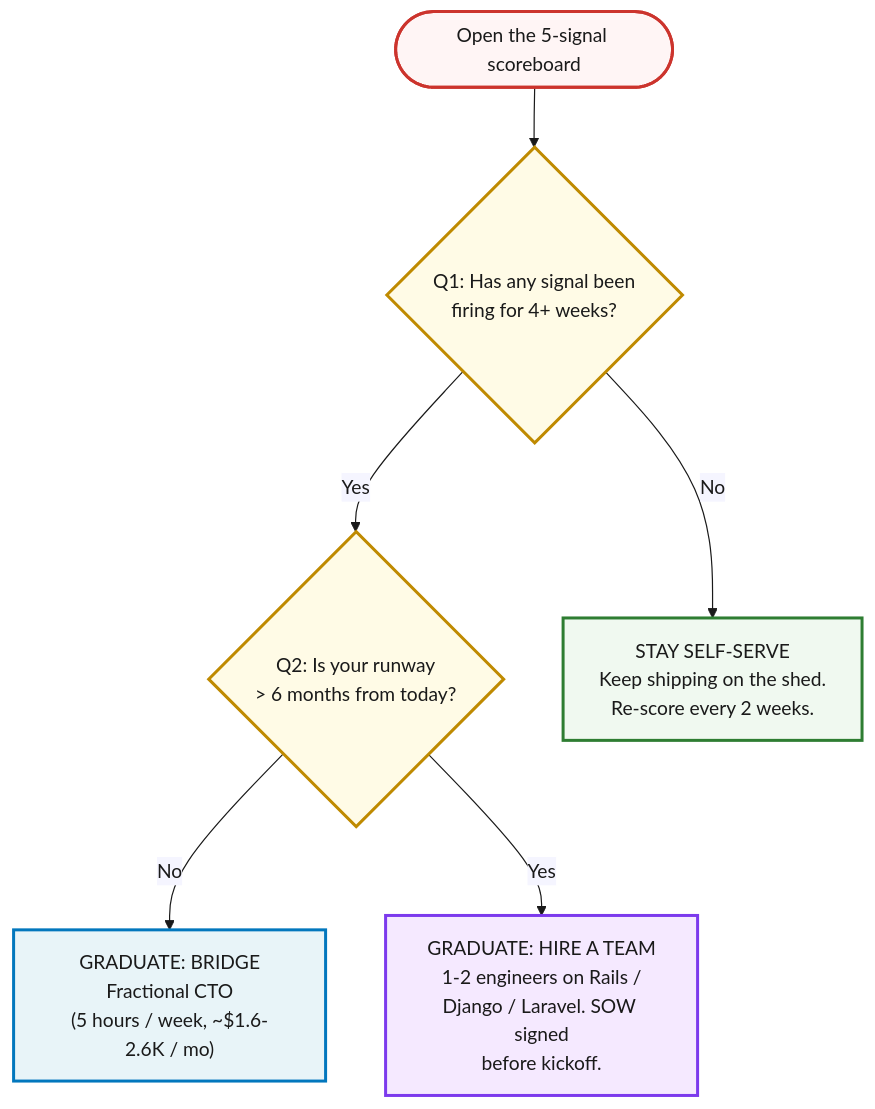
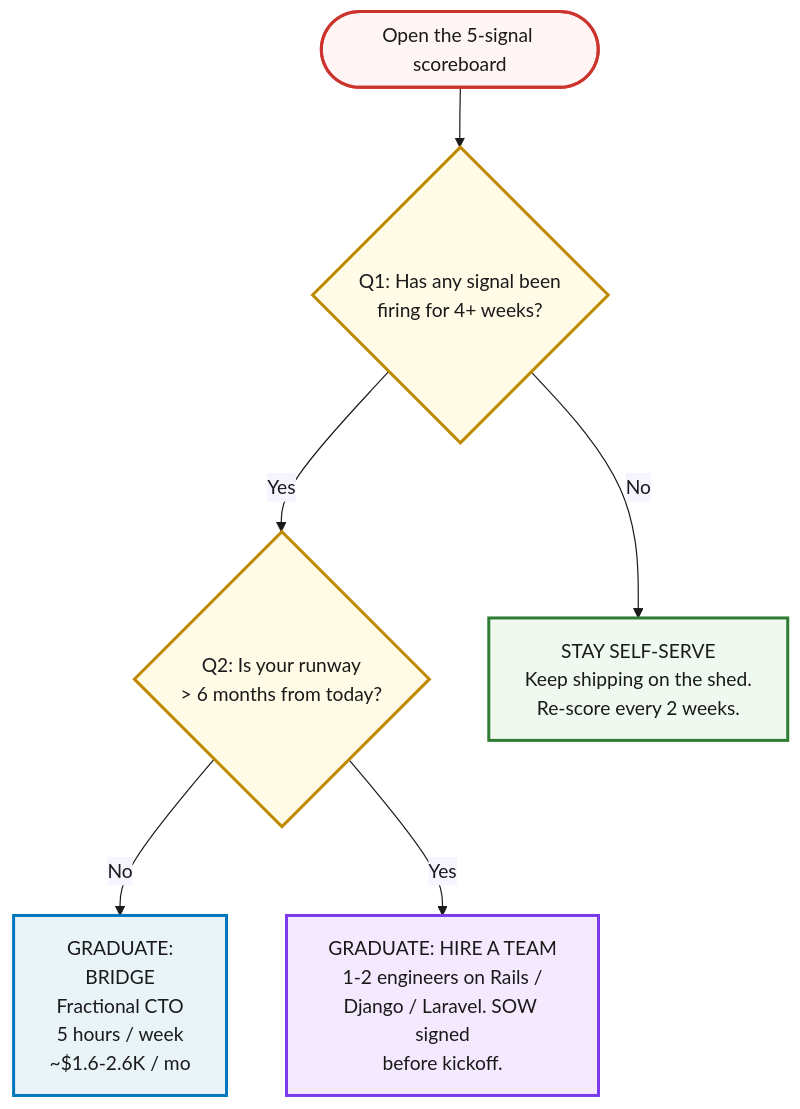
The diagram in content/course/tech-for-non-technical-founders-2026/vibe-coding-ceiling-signals/index.md (jetthoughts/jetthoughts.github.io), drawn with Mermaid before and after one commit. The commit also changed 19 other files, not shown here.

First line of the commit message:
feat(course): design sprint - worksheet cards, cover differentiation, compact diagrams, reading typography

````diff
--- a/content/course/tech-for-non-technical-founders-2026/vibe-coding-ceiling-signals/index.md
+++ b/content/course/tech-for-non-technical-founders-2026/vibe-coding-ceiling-signals/index.md
@@ -177,27 +177,27 @@
 ```mermaid
 %%{init: {'theme':'base', 'themeVariables': {'fontFamily':'Caveat, Patrick Hand, cursive', 'primaryColor':'#fff5f5', 'primaryBorderColor':'#cc342d', 'lineColor':'#1a1a1a', 'primaryTextColor':'#1a1a1a'}}}%%
 flowchart TD
     Start(["Open the 5-signal scoreboard"])
     Q1{"Q1: Has any signal been<br/>firing for 4+ weeks?"}
     Q2{"Q2: Is your runway<br/>&gt; 6 months from today?"}
     Stay["STAY SELF-SERVE<br/>Keep shipping on the shed.<br/>Re-score every 2 weeks."]
-    Bridge["GRADUATE: BRIDGE<br/>Fractional CTO<br/>(5 hours / week, ~$1.6-2.6K / mo)"]
+    Bridge["GRADUATE:<br/>BRIDGE<br/>Fractional CTO<br/>5 hours / week<br/>~$1.6-2.6K / mo"]
     Hire["GRADUATE: HIRE A TEAM<br/>1-2 engineers on Rails /<br/>Django / Laravel. SOW signed<br/>before kickoff."]
 
     Start --> Q1
     Q1 -- "No" --> Stay
     Q1 -- "Yes" --> Q2
     Q2 -- "No" --> Bridge
     Q2 -- "Yes" --> Hire
 
     classDef q fill:#fffbe6,stroke:#bf8a00,stroke-width:2.5px,color:#1a1a1a
     classDef stay fill:#f0f9f0,stroke:#2e7d32,stroke-width:2.5px,color:#1a1a1a
     classDef bridge fill:#e8f4f8,stroke:#0277bd,stroke-width:2.5px,color:#1a1a1a
     classDef hire fill:#f5e9ff,stroke:#7c3aed,stroke-width:2.5px,color:#1a1a1a
     classDef start fill:#fff5f5,stroke:#cc342d,stroke-width:2.5px,color:#1a1a1a
     class Start start
     class Q1,Q2 q
     class Stay stay
     class Bridge bridge
     class Hire hire
 ```
````
